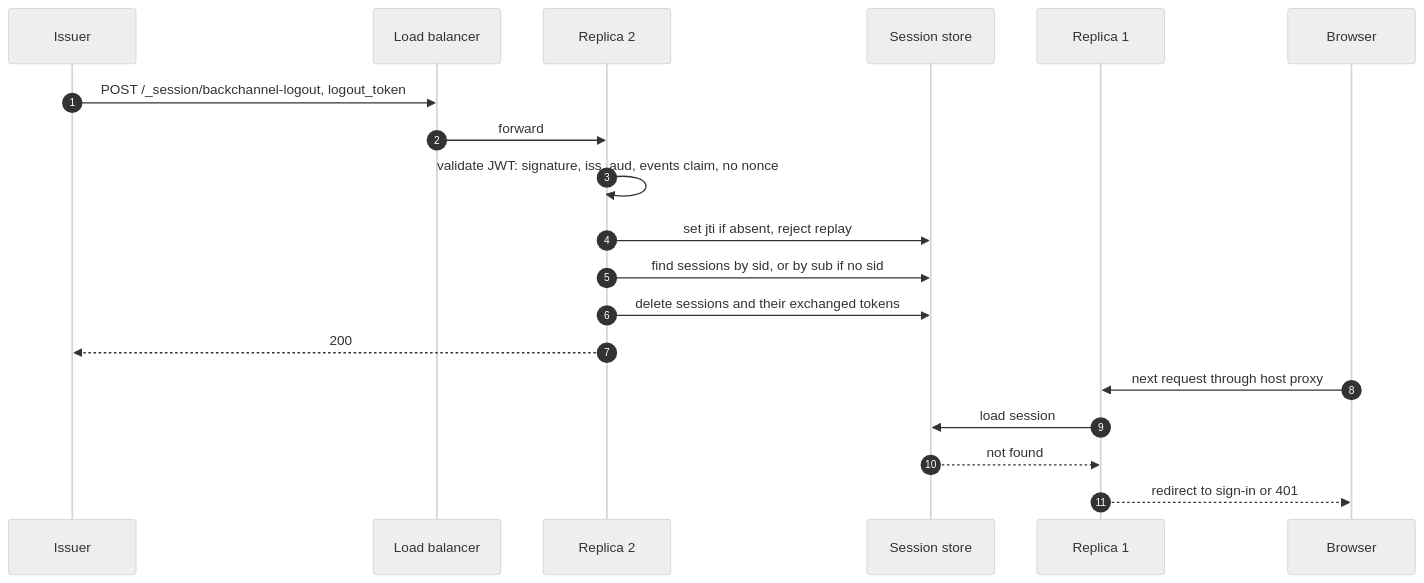
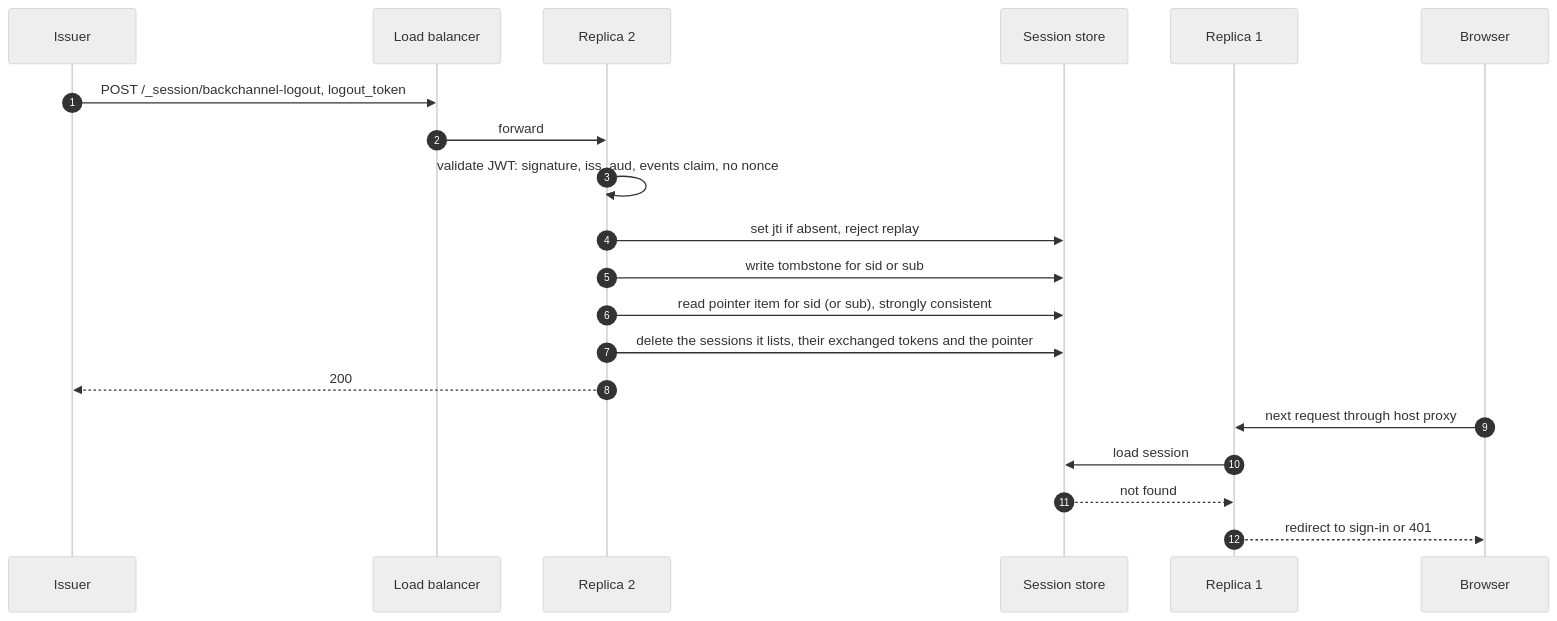
The fourth of 4 diagrams in docs/design.md (truvity/session), drawn with Mermaid (neutral theme) before and after one commit. The commit also changed other lines of this file and 10 other files, not shown here.

````diff
--- a/docs/design.md
+++ b/docs/design.md
@@ -227,22 +255,23 @@
 ```mermaid
 sequenceDiagram
     autonumber
     participant I as Issuer
     participant LB as Load balancer
     participant R2 as Replica 2
     participant V as Session store
     participant R1 as Replica 1
     participant B as Browser
 
     I->>LB: POST /_session/backchannel-logout, logout_token
     LB->>R2: forward
     R2->>R2: validate JWT: signature, iss, aud, events claim, no nonce
     R2->>V: set jti if absent, reject replay
-    R2->>V: find sessions by sid, or by sub if no sid
-    R2->>V: delete sessions and their exchanged tokens
+    R2->>V: write tombstone for sid or sub
+    R2->>V: read pointer item for sid (or sub), strongly consistent
+    R2->>V: delete the sessions it lists, their exchanged tokens and the pointer
     R2-->>I: 200
     B->>R1: next request through host proxy
     R1->>V: load session
     V-->>R1: not found
     R1-->>B: redirect to sign-in or 401
 ```
````
